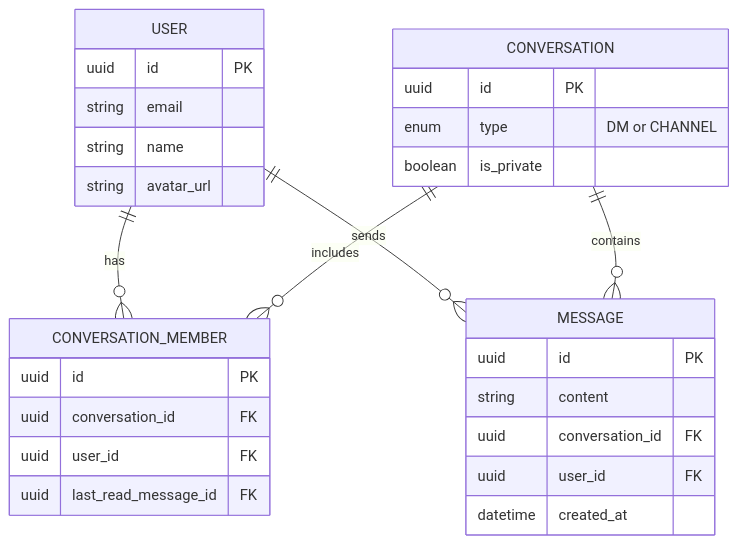
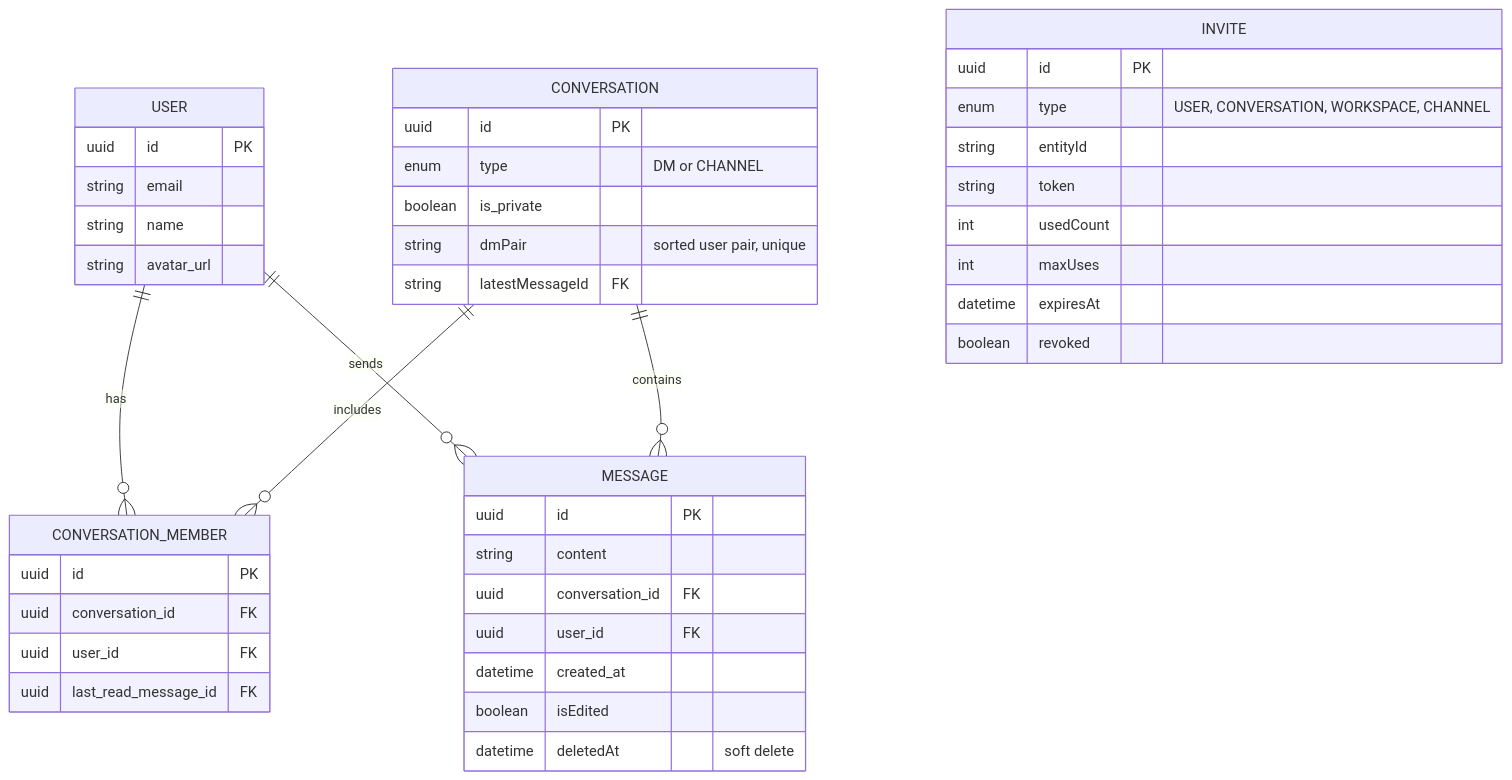
The second of 2 diagrams in .docs/architecture.md (Kashyap-empiric/Nexus), drawn with Mermaid before and after one commit. The commit also changed other lines of this file and 38 other files, not shown here.

````diff
--- a/.docs/architecture.md
+++ b/.docs/architecture.md
@@ -59,36 +79,51 @@
 ```mermaid
 erDiagram
     USER ||--o{ CONVERSATION_MEMBER : has
     USER ||--o{ MESSAGE : sends
 
     CONVERSATION ||--o{ CONVERSATION_MEMBER : includes
     CONVERSATION ||--o{ MESSAGE : contains
 
     USER {
         uuid id PK
         string email
         string name
         string avatar_url
     }
 
     CONVERSATION {
         uuid id PK
         enum type "DM or CHANNEL"
         boolean is_private
+        string dmPair "sorted user pair, unique"
+        string latestMessageId FK
     }
 
     CONVERSATION_MEMBER {
         uuid id PK
         uuid conversation_id FK
         uuid user_id FK
         uuid last_read_message_id FK
     }
 
     MESSAGE {
         uuid id PK
         string content
         uuid conversation_id FK
         uuid user_id FK
         datetime created_at
+        boolean isEdited
+        datetime deletedAt "soft delete"
+    }
+
+    INVITE {
+        uuid id PK
+        enum type "USER, CONVERSATION, WORKSPACE, CHANNEL"
+        string entityId
+        string token
+        int usedCount
+        int maxUses
+        datetime expiresAt
+        boolean revoked
     }
 ```
````
